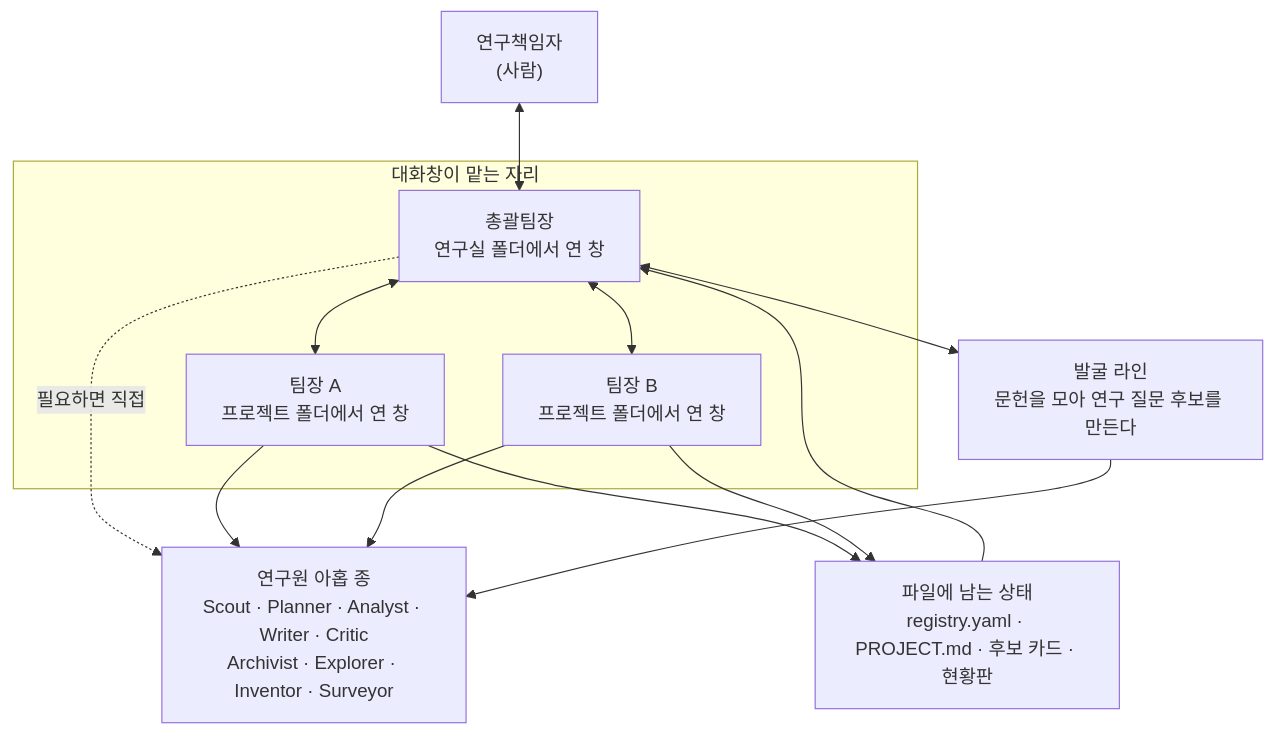
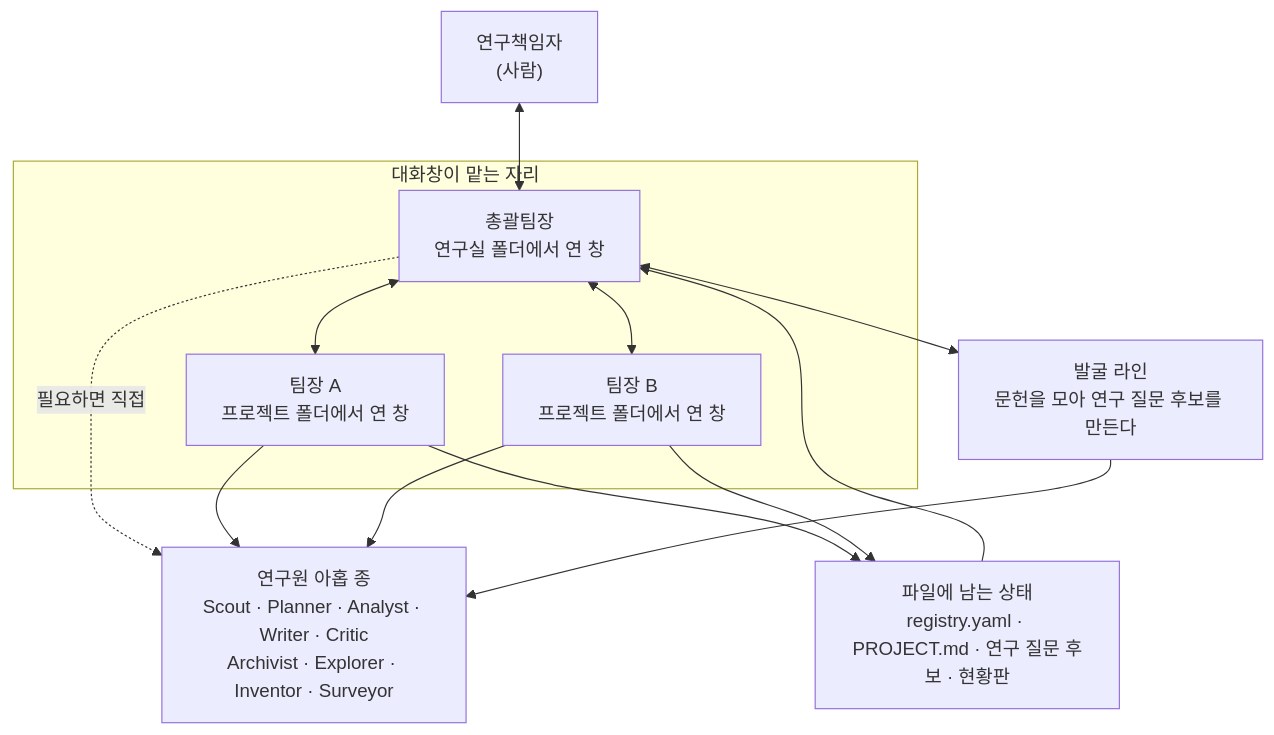
One commit to JeonKH81/ai_research_team_light changed the diagram in README.md. Above: the diagram before and after it, drawn with Mermaid. The commit also changed other lines of this file and 3 other files, not shown here.

````diff
--- a/README.md
+++ b/README.md
@@ -12,26 +12,26 @@
 ```mermaid
 flowchart TB
     PI["연구책임자<br/>(사람)"]
 
     subgraph 대화창["대화창이 맡는 자리"]
         CHIEF["총괄팀장<br/>연구실 폴더에서 연 창"]
         CAP1["팀장 A<br/>프로젝트 폴더에서 연 창"]
         CAP2["팀장 B<br/>프로젝트 폴더에서 연 창"]
     end
 
     POOL["연구원 아홉 종<br/>Scout · Planner · Analyst · Writer · Critic<br/>Archivist · Explorer · Inventor · Surveyor"]
     IDEA["발굴 라인<br/>문헌을 모아 연구 질문 후보를 만든다"]
-    FILES["파일에 남는 상태<br/>registry.yaml · PROJECT.md · 후보 카드 · 현황판"]
+    FILES["파일에 남는 상태<br/>registry.yaml · PROJECT.md · 연구 질문 후보 · 현황판"]
 
     PI <--> CHIEF
     CHIEF <--> CAP1
     CHIEF <--> CAP2
     CHIEF -.->|필요하면 직접| POOL
     CAP1 --> POOL
     CAP2 --> POOL
     CHIEF <--> IDEA
     IDEA --> POOL
     CAP1 --> FILES
     CAP2 --> FILES
     FILES --> CHIEF
 ```
````
